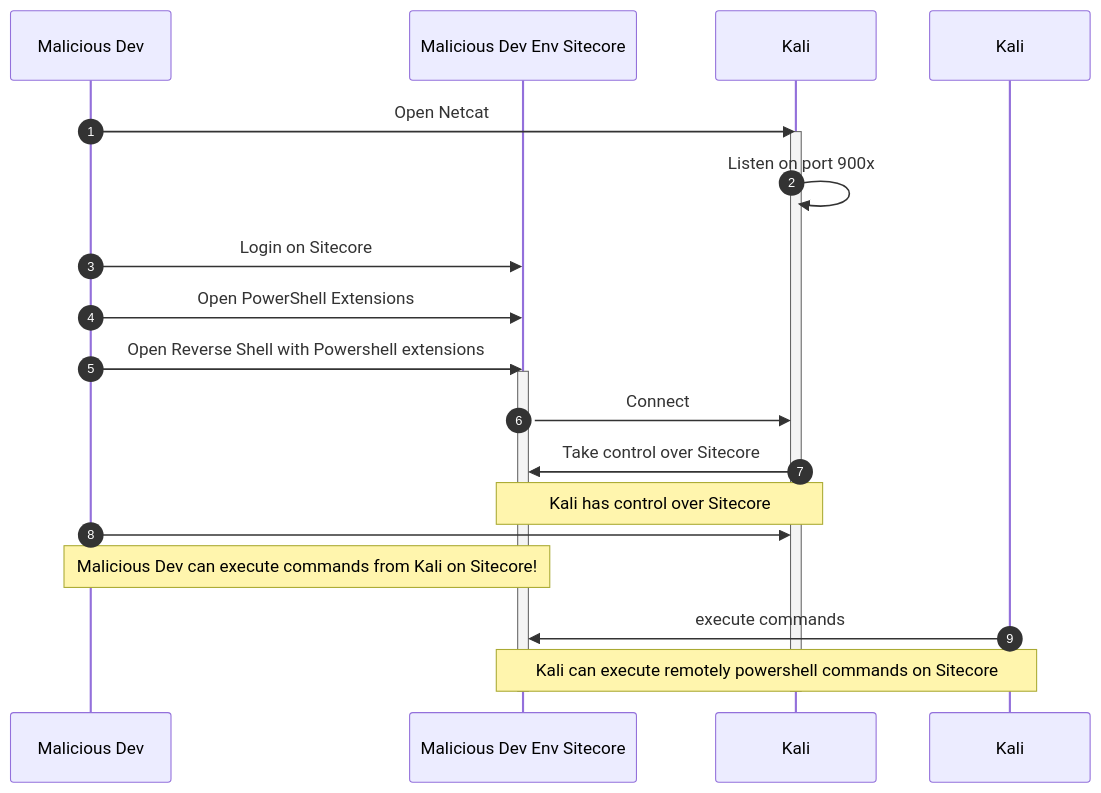
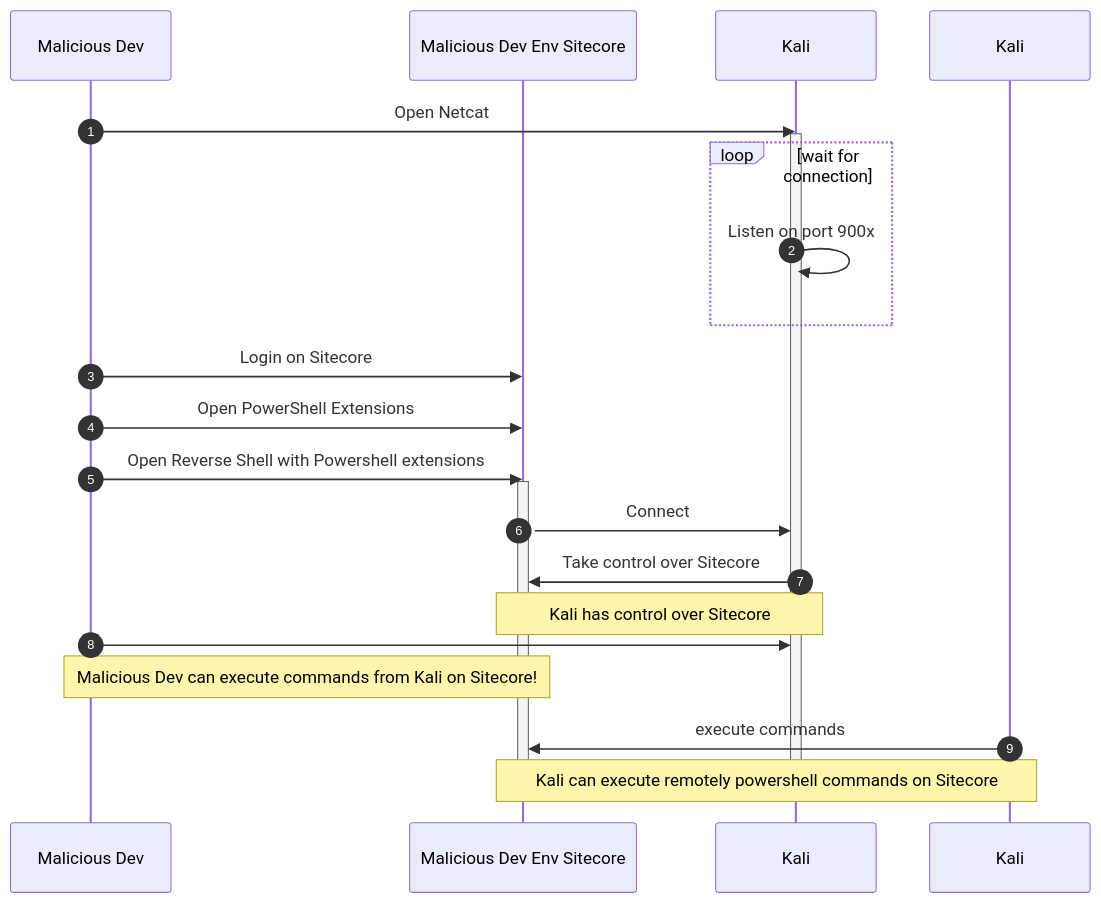
Before and after one commit to BasLijten/sugnl-hacking-sitecore: the diagram in flowdiagram-2.md, drawn with Mermaid. The commit also changed other lines of this file and 4 other files, not shown here.

````diff
--- a/flowdiagram-2.md
+++ b/flowdiagram-2.md
@@ -3,24 +5,26 @@
 ```mermaid
 sequenceDiagram
     participant MD as Malicious Dev
     participant MDES as Malicious Dev Env Sitecore    
     participant K as Kali                
     autonumber
 
     MD ->> K: Open Netcat    
     activate  K
-        K ->> K: Listen on port 900x        
+         loop wait for connection
+            K ->> K: Listen on port 900x  
+        end
         MD ->> MDES: Login on Sitecore
         MD ->> MDES: Open PowerShell Extensions
         MD ->> MDES: Open Reverse Shell with Powershell extensions
         activate MDES
             MDES ->> K: Connect
             K ->> MDES: Take control over Sitecore
             note over K, MDES: Kali has control over Sitecore
             MD ->> K: 
             note over MD, MDES: Malicious Dev can execute commands from Kali on Sitecore!
             Kali ->> MDES: execute commands
             note over Kali, MDES: Kali can execute remotely powershell commands on Sitecore
         deactivate MDES
     deactivate K
 ```
````
